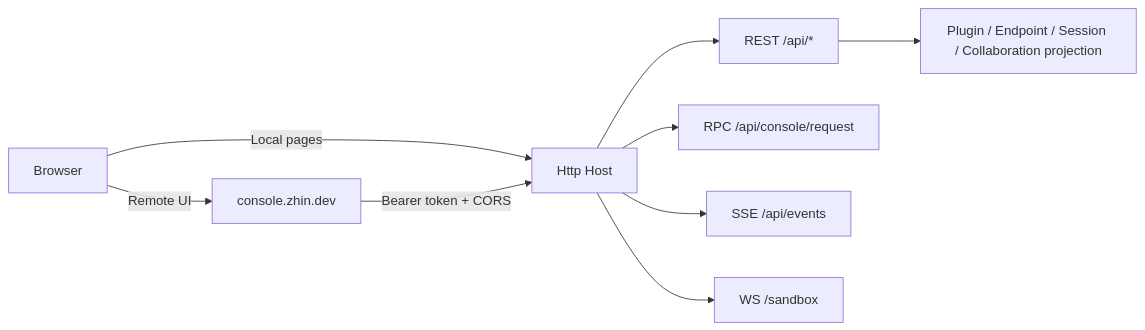
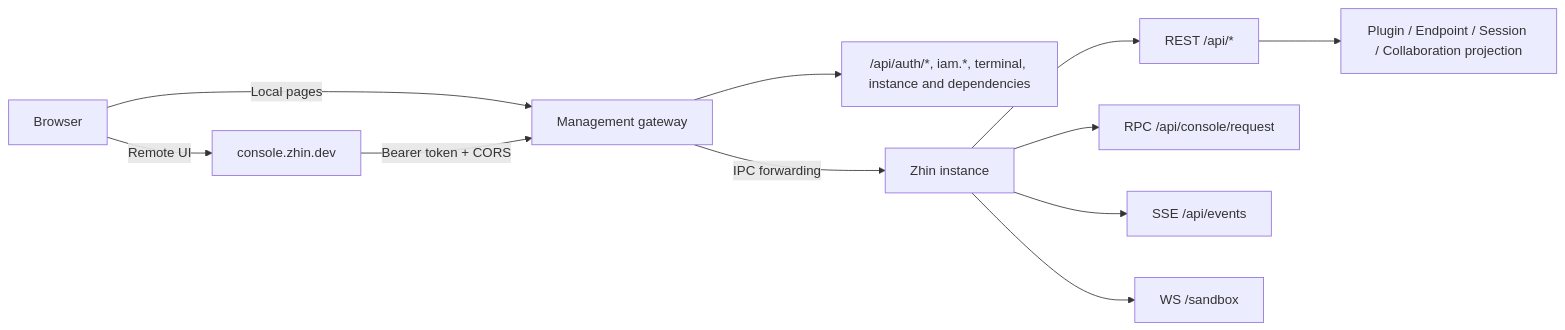
One commit to zhinjs/zhin changed the diagram in docs/en/console/index.md. Above: the diagram before and after it, drawn with Mermaid. The commit also changed other lines of this file and 40 other files, not shown here.

First line of the commit message:
docs(m6): management gateway upgrade guide, demo deployment and Console docs

````diff
--- a/docs/en/console/index.md
+++ b/docs/en/console/index.md
@@ -45,11 +54,13 @@
 ```mermaid
 flowchart LR
     B[Browser] -->|Remote UI| RC[console.zhin.dev]
     B -->|Local pages| H
-    RC -->|Bearer token + CORS| H[Http Host]
-    H --> R1[REST /api/*]
-    H --> R2[RPC /api/console/request]
-    H --> R3[SSE /api/events]
-    H --> R4[WS /sandbox]
+    RC -->|Bearer token + CORS| H[Management gateway]
+    H --> G1["/api/auth/*, iam.*, terminal, instance and dependencies"]
+    H -->|IPC forwarding| R0[Zhin instance]
+    R0 --> R1[REST /api/*]
+    R0 --> R2[RPC /api/console/request]
+    R0 --> R3[SSE /api/events]
+    R0 --> R4[WS /sandbox]
     R1 --> P[Plugin / Endpoint / Session / Collaboration projection]
 ```
````
